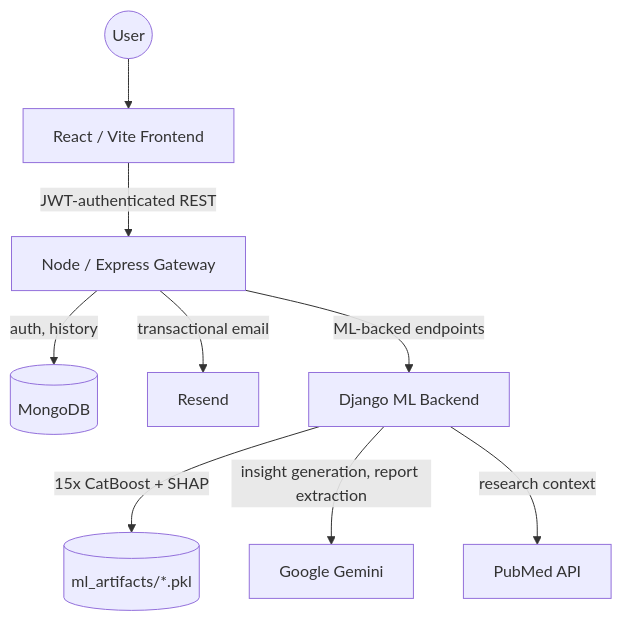
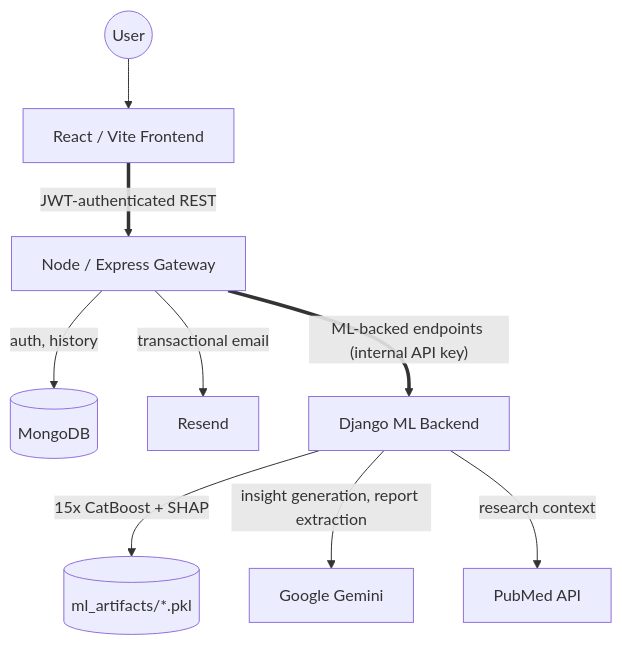
One commit to dhyeydaftary/antibiotic-resistance-intelligence-platform changed the diagram in README.md. Above: the diagram before and after it, drawn with Mermaid. The commit also changed other lines of this file and 12 other files, not shown here.

````diff
--- a/README.md
+++ b/README.md
@@ -92,11 +92,11 @@
 ```mermaid
 flowchart TD
     User(("User")) --> FE["React / Vite Frontend"]
-    FE -->|"JWT-authenticated REST"| GW["Node / Express Gateway"]
+    FE ==>|"JWT-authenticated REST"| GW["Node / Express Gateway"]
     GW -->|"auth, history"| DB[("MongoDB")]
     GW -->|"transactional email"| Resend["Resend"]
-    GW -->|"ML-backed endpoints"| ML["Django ML Backend"]
+    GW ==>|"ML-backed endpoints (internal API key)"| ML["Django ML Backend"]
     ML -->|"15x CatBoost + SHAP"| Models[("ml_artifacts/*.pkl")]
     ML -->|"insight generation, report extraction"| Gemini["Google Gemini"]
     ML -->|"research context"| PubMed["PubMed API"]
 ```
````
